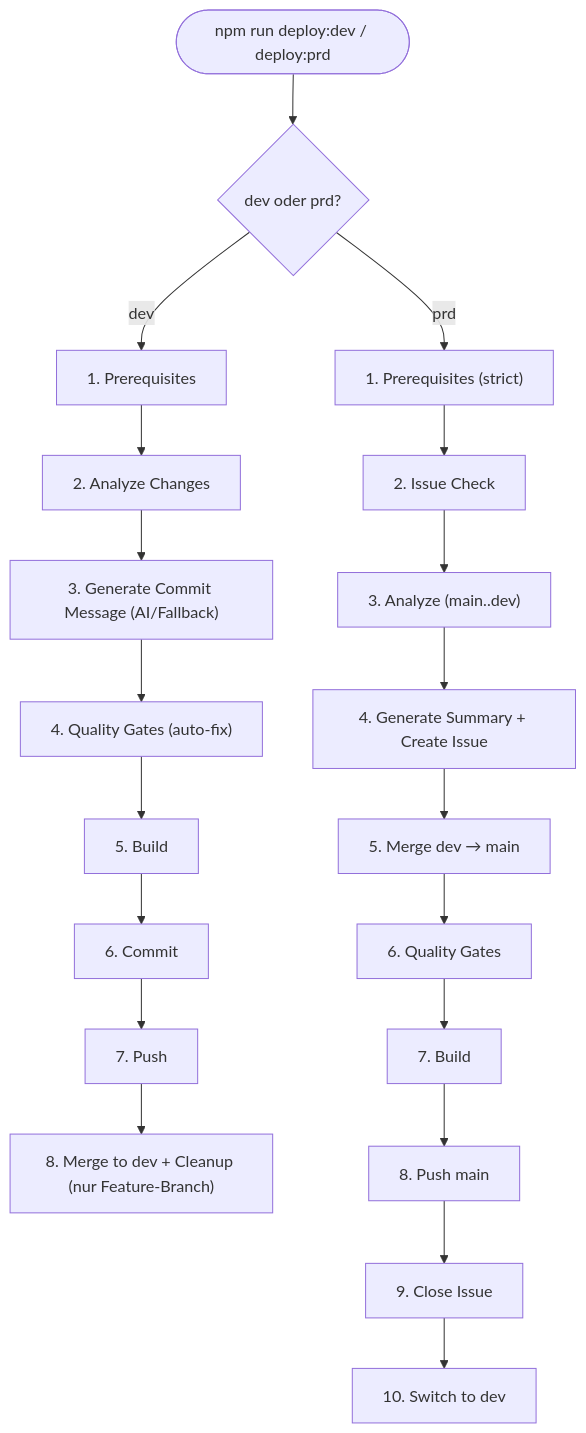
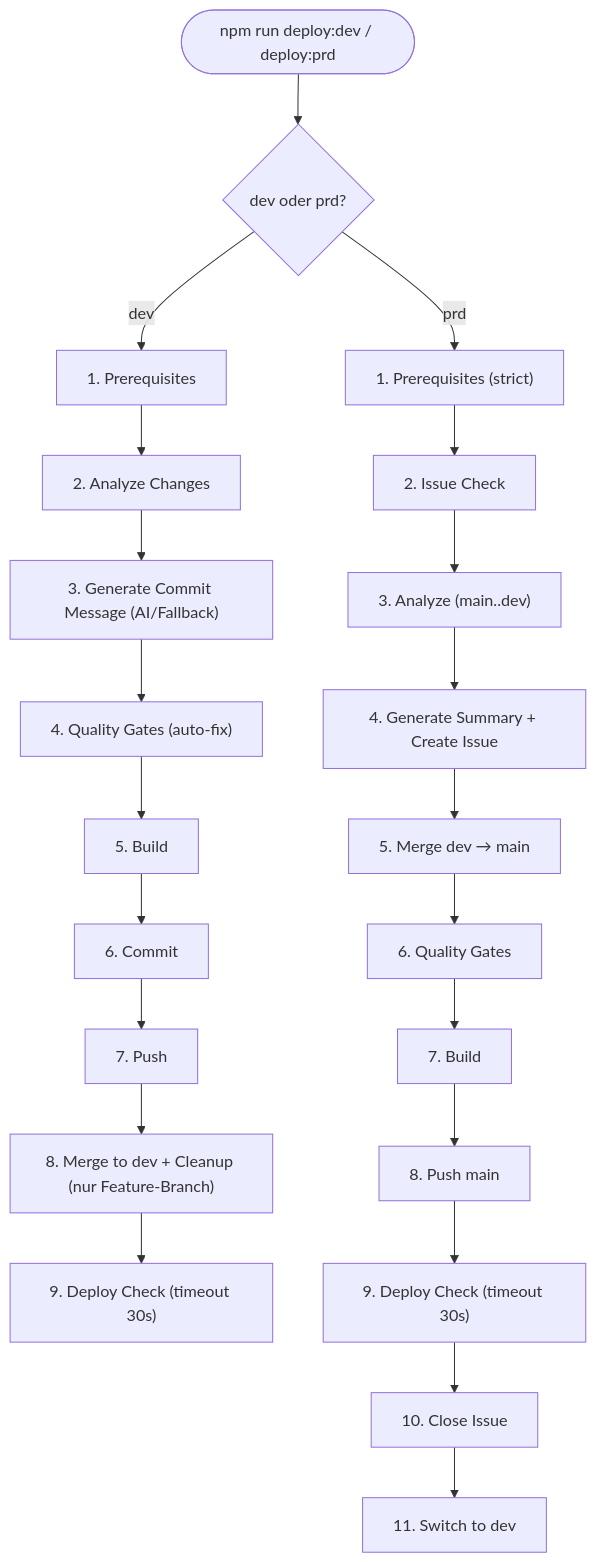
Before and after one commit to Frickeldave/frickeldave.github.io: the diagram in docs/features/fr006-autodeploy.md, drawn with Mermaid. The commit also changed other lines of this file and 5 other files, not shown here.

````diff
--- a/docs/features/fr006-autodeploy.md
+++ b/docs/features/fr006-autodeploy.md
@@ -47,29 +47,31 @@
 ```mermaid
 flowchart TD
   start(["npm run deploy:dev / deploy:prd"])
   split{"dev oder prd?"}
 
   d1["1. Prerequisites"]
   d2["2. Analyze Changes"]
   d3["3. Generate Commit Message (AI/Fallback)"]
   d4["4. Quality Gates (auto-fix)"]
   d5["5. Build"]
   d6["6. Commit"]
   d7["7. Push"]
   d8["8. Merge to dev + Cleanup (nur Feature-Branch)"]
+  d9["9. Deploy Check (timeout 30s)"]
 
   p1["1. Prerequisites (strict)"]
   p2["2. Issue Check"]
   p3["3. Analyze (main..dev)"]
   p4["4. Generate Summary + Create Issue"]
   p5["5. Merge dev → main"]
   p6["6. Quality Gates"]
   p7["7. Build"]
   p8["8. Push main"]
-  p9["9. Close Issue"]
-  p10["10. Switch to dev"]
+  p9["9. Deploy Check (timeout 30s)"]
+  p10["10. Close Issue"]
+  p11["11. Switch to dev"]
 
   start --> split
-  split -->|dev| d1 --> d2 --> d3 --> d4 --> d5 --> d6 --> d7 --> d8
-  split -->|prd| p1 --> p2 --> p3 --> p4 --> p5 --> p6 --> p7 --> p8 --> p9 --> p10
+  split -->|dev| d1 --> d2 --> d3 --> d4 --> d5 --> d6 --> d7 --> d8 --> d9
+  split -->|prd| p1 --> p2 --> p3 --> p4 --> p5 --> p6 --> p7 --> p8 --> p9 --> p10 --> p11
 ```
````
